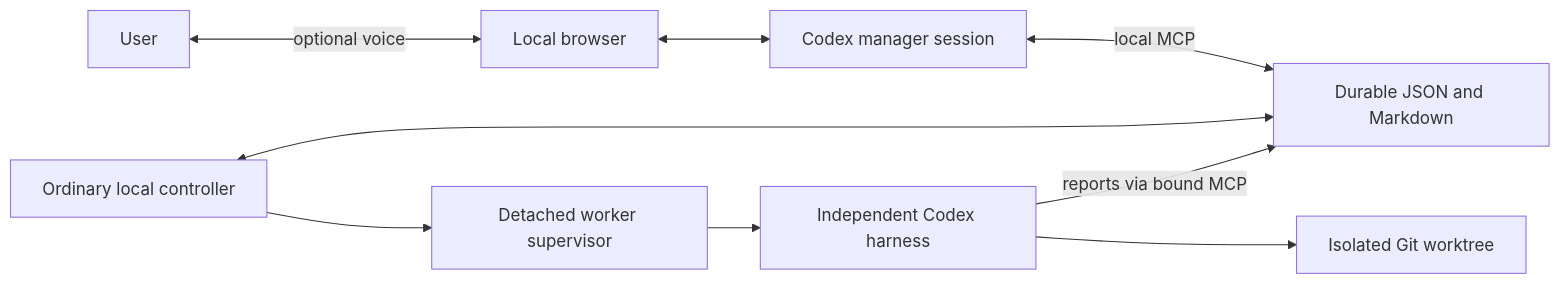
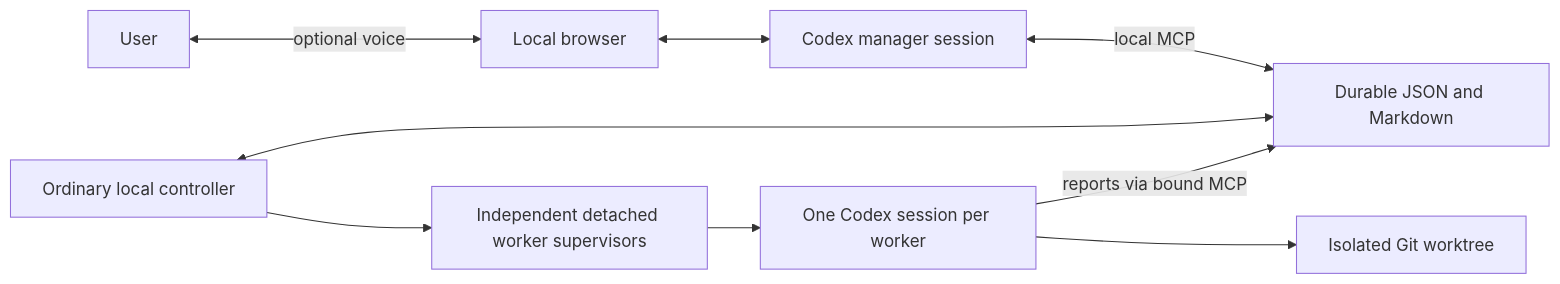
One commit to MattGibney/Crew changed the diagram in docs/ARCHITECTURE.md. Above: the diagram before and after it, drawn with Mermaid. The commit also changed other lines of this file and 41 other files, not shown here.

````diff
--- a/docs/ARCHITECTURE.md
+++ b/docs/ARCHITECTURE.md
@@ -5,11 +5,11 @@
 ```mermaid
 flowchart LR
   U[User] <-->|optional voice| B[Local browser]
   B <--> M[Codex manager session]
   M <-->|local MCP| F[Durable JSON and Markdown]
   C[Ordinary local controller] <--> F
-  C --> W[Detached worker supervisor]
-  W --> H[Independent Codex harness]
+  C --> W[Independent detached worker supervisors]
+  W --> H[One Codex session per worker]
   H --> G[Isolated Git worktree]
   H -->|reports via bound MCP| F
 ```
````
